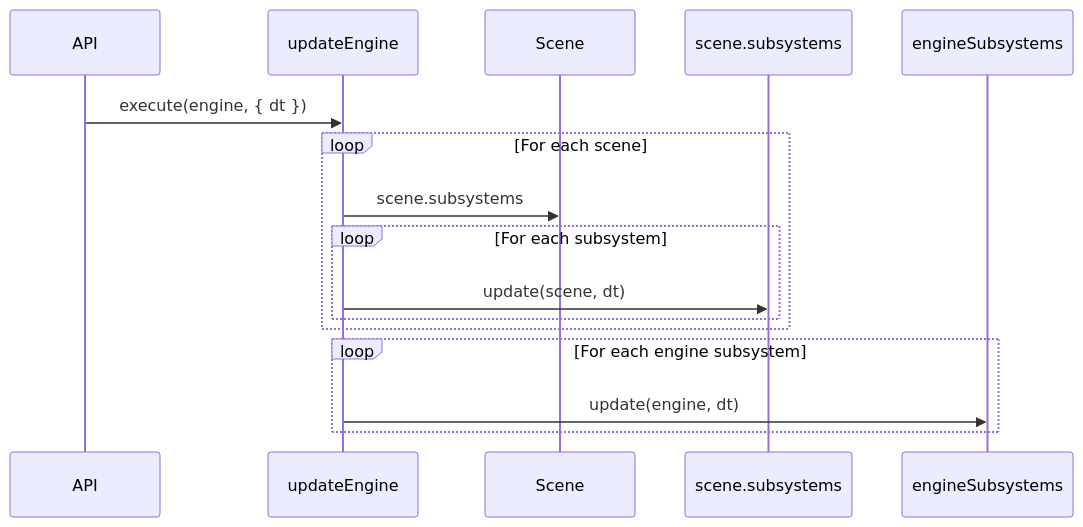
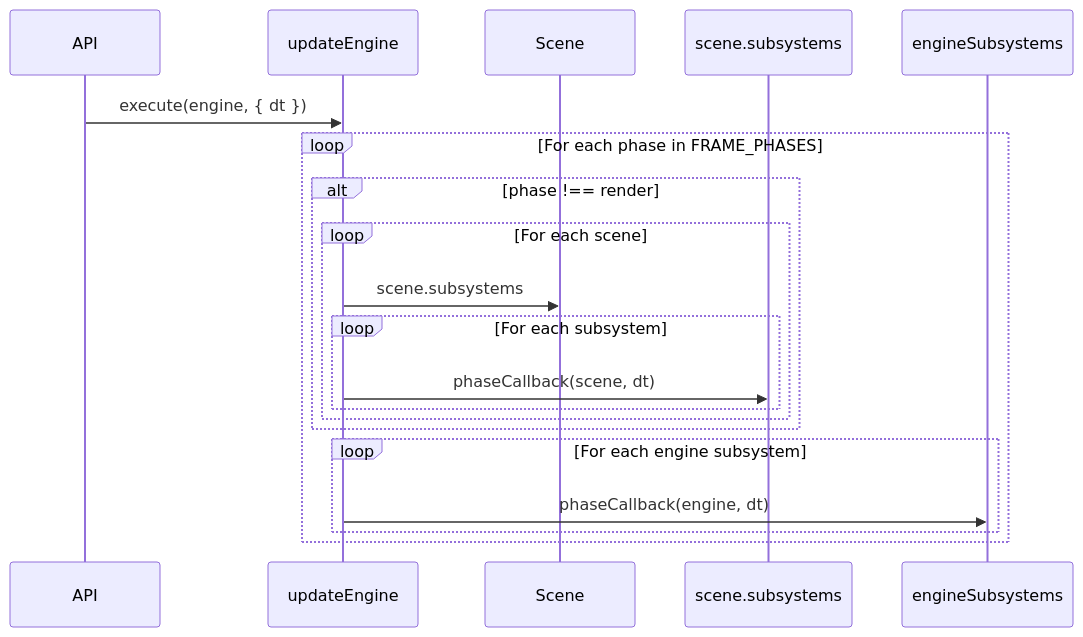
One commit to QADRAX/SpaceDucksMMO changed the sixth of 7 diagrams in packages/core-v2/ARCHITECTURE.md. Above: the diagram before and after it, drawn with Mermaid. The commit also changed other lines of this file and 42 other files, not shown here.

````diff
--- a/packages/core-v2/ARCHITECTURE.md
+++ b/packages/core-v2/ARCHITECTURE.md
@@ -368,19 +369,23 @@
 ```mermaid
 sequenceDiagram
     participant API
     participant UpdateEngine as updateEngine
     participant Scene
     participant Subsystems as scene.subsystems
     participant EngineSubs as engineSubsystems
 
     API->>UpdateEngine: execute(engine, { dt })
-    loop For each scene
-        UpdateEngine->>Scene: scene.subsystems
-        loop For each subsystem
-            UpdateEngine->>Subsystems: update(scene, dt)
+    loop For each phase in FRAME_PHASES
+        alt phase !== render
+            loop For each scene
+                UpdateEngine->>Scene: scene.subsystems
+                loop For each subsystem
+                    UpdateEngine->>Subsystems: phaseCallback(scene, dt)
+                end
+            end
+        end
+        loop For each engine subsystem
+            UpdateEngine->>EngineSubs: phaseCallback(engine, dt)
         end
     end
-    loop For each engine subsystem
-        UpdateEngine->>EngineSubs: update(engine, dt)
-    end
 ```
````
